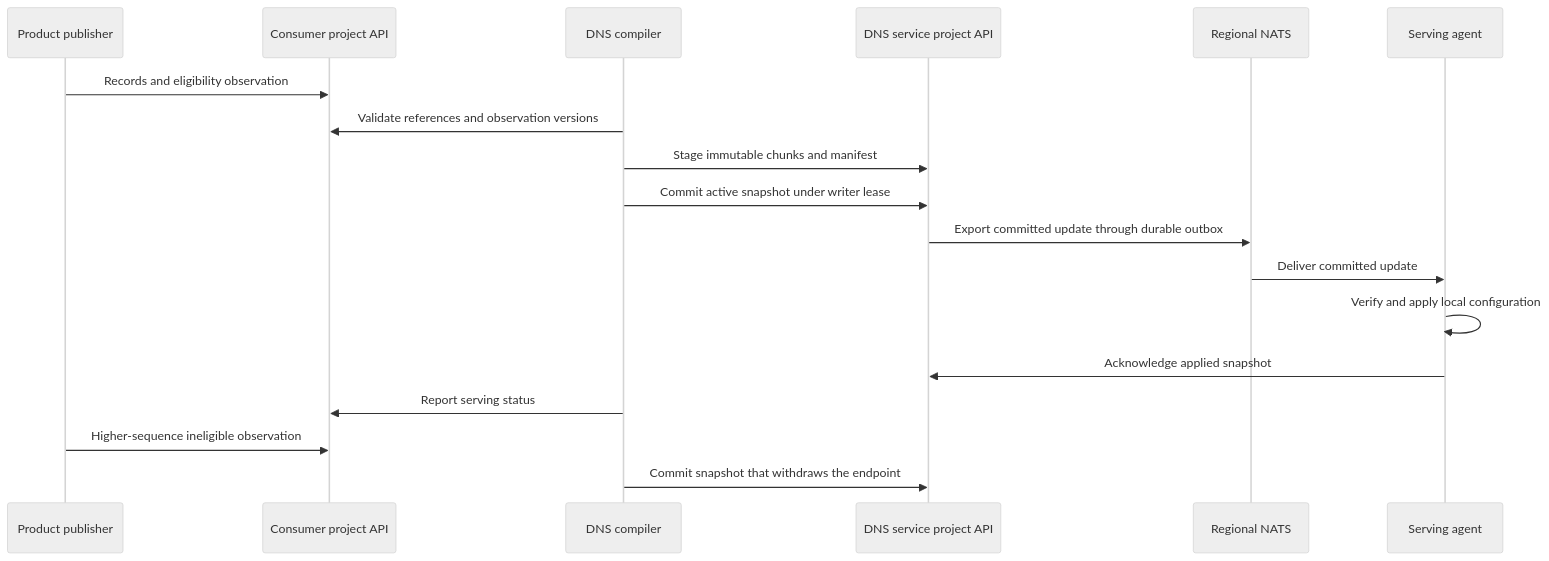
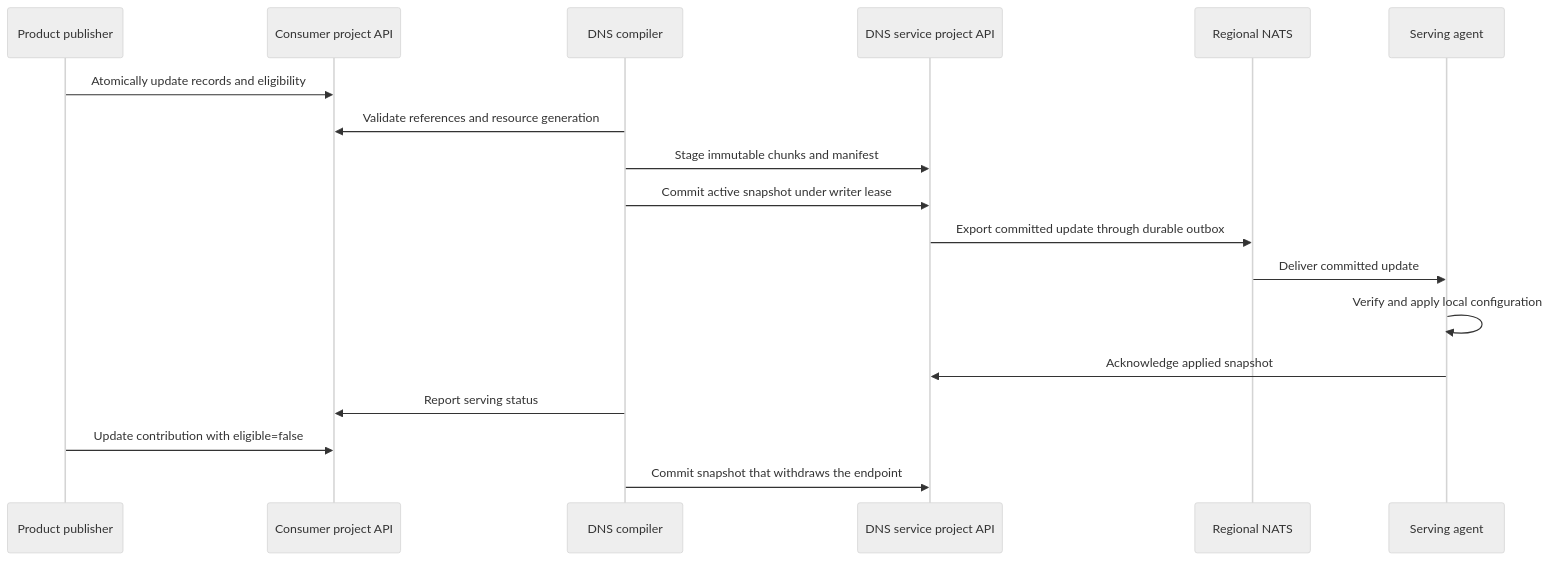
Before and after one commit to datum-cloud/dns-operator: the fourth of 4 diagrams in docs/architecture/internal-dns/README.md, drawn with Mermaid (neutral theme). The commit also changed other lines of this file, not shown here.

First line of the commit message:
docs: Simplify private DNS integration

````diff
--- a/docs/architecture/internal-dns/README.md
+++ b/docs/architecture/internal-dns/README.md
@@ -203,20 +203,20 @@
 ```mermaid
 sequenceDiagram
   participant Product as Product publisher
   participant Project as Consumer project API
   participant DNS as DNS compiler
   participant Store as DNS service project API
   participant Transport as Regional NATS
   participant Agent as Serving agent
-  Product->>Project: Records and eligibility observation
-  DNS->>Project: Validate references and observation versions
+  Product->>Project: Atomically update records and eligibility
+  DNS->>Project: Validate references and resource generation
   DNS->>Store: Stage immutable chunks and manifest
   DNS->>Store: Commit active snapshot under writer lease
   Store->>Transport: Export committed update through durable outbox
   Transport->>Agent: Deliver committed update
   Agent->>Agent: Verify and apply local configuration
   Agent->>Store: Acknowledge applied snapshot
   DNS->>Project: Report serving status
-  Product->>Project: Higher-sequence ineligible observation
+  Product->>Project: Update contribution with eligible=false
   DNS->>Store: Commit snapshot that withdraws the endpoint
 ```
````
